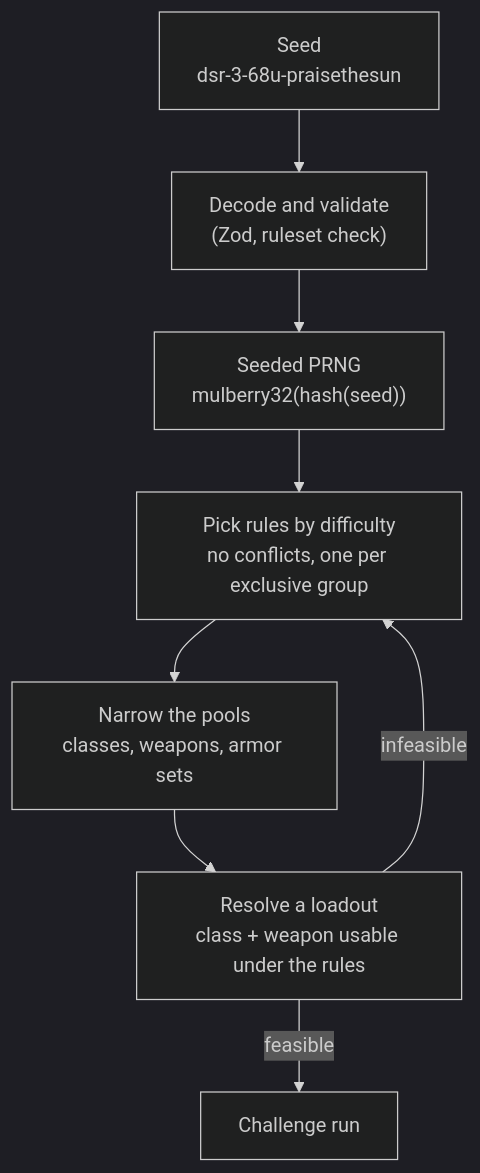
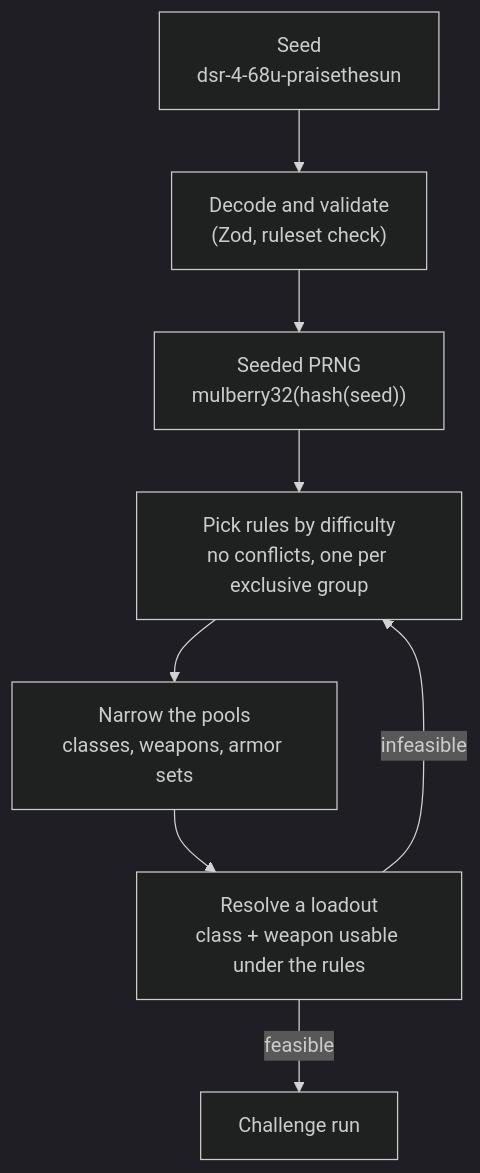
Before and after one commit to localhost-ayu/souls-challenge-generator: the diagram in README.md, drawn with Mermaid (dark theme). The commit also changed other lines of this file and 13 other files, not shown here.

````diff
--- a/README.md
+++ b/README.md
@@ -40,10 +40,10 @@
 ```mermaid
 flowchart TD
-    seed["Seed<br/>dsr-3-68u-praisethesun"] --> decode["Decode and validate<br/>(Zod, ruleset check)"]
+    seed["Seed<br/>dsr-4-68u-praisethesun"] --> decode["Decode and validate<br/>(Zod, ruleset check)"]
     decode --> rng["Seeded PRNG<br/>mulberry32(hash(seed))"]
     rng --> select["Pick rules by difficulty<br/>no conflicts, one per exclusive group"]
     select --> narrow["Narrow the pools<br/>classes, weapons, armor sets"]
     narrow --> resolve["Resolve a loadout<br/>class + weapon usable under the rules"]
     resolve -->|feasible| run["Challenge run"]
     resolve -->|infeasible| select
 ```
````
